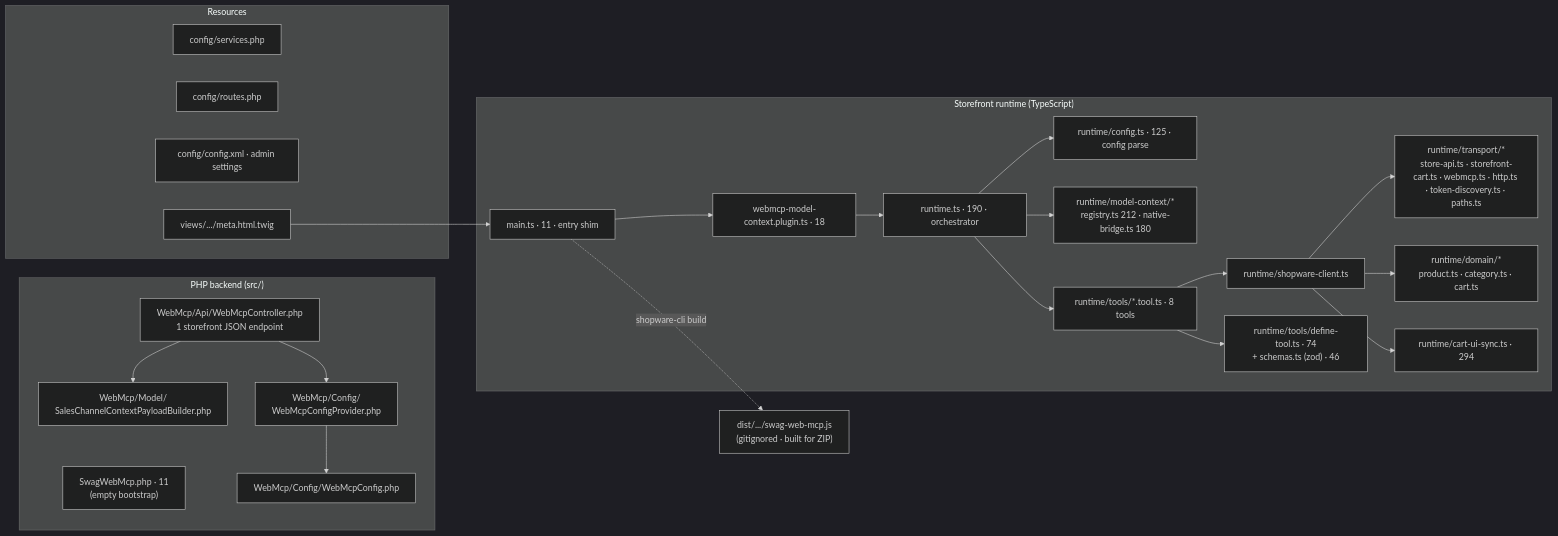
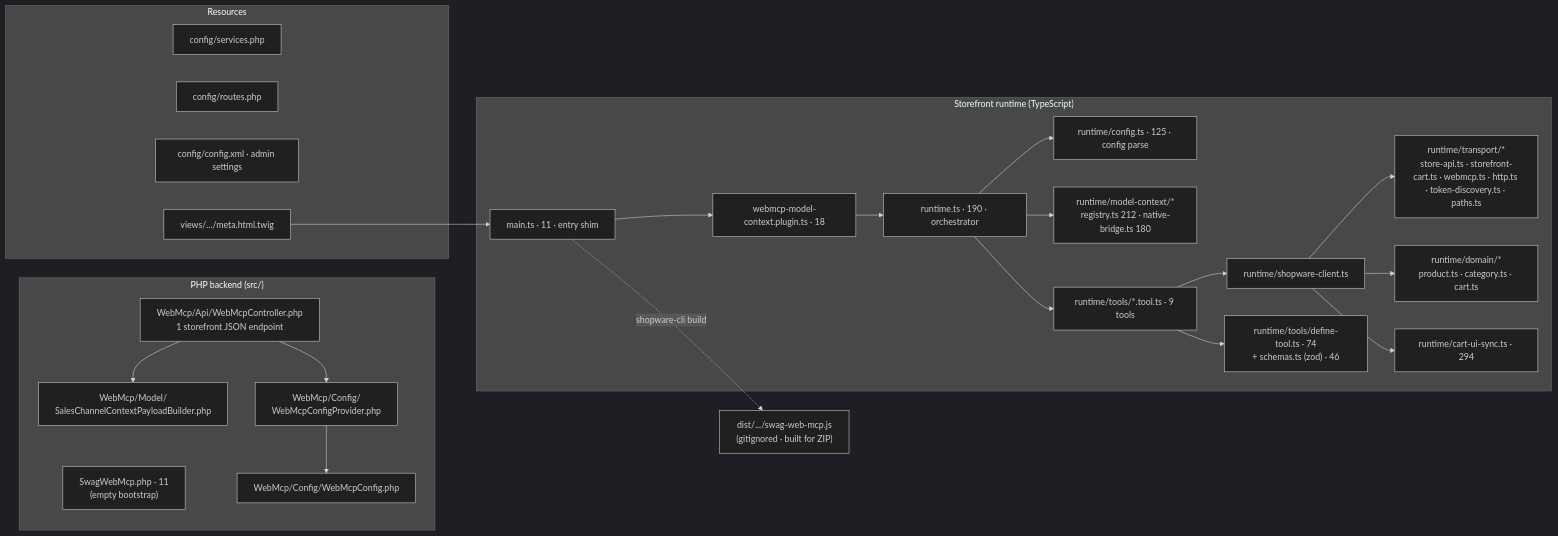
Before and after one commit to agentic-commerce-lab/webmcp-plugin: the second of 5 diagrams in docs/Architecture.md, drawn with Mermaid (dark theme). The commit also changed other lines of this file and 13 other files, not shown here.

````diff
--- a/docs/Architecture.md
+++ b/docs/Architecture.md
@@ -72,47 +72,47 @@
 ```mermaid
 graph LR
     subgraph PHP["PHP backend (src/)"]
         Boot["SwagWebMcp.php · 11<br/>(empty bootstrap)"]
         Ctrl["WebMcp/Api/WebMcpController.php<br/>1 storefront JSON endpoint"]
         CfgP["WebMcp/Config/<br/>WebMcpConfigProvider.php"]
         CfgDTO["WebMcp/Config/WebMcpConfig.php"]
         Scc["WebMcp/Model/<br/>SalesChannelContextPayloadBuilder.php"]
     end
 
     subgraph Res["Resources"]
         Services["config/services.php"]
         Routes["config/routes.php"]
         Xml["config/config.xml · admin settings"]
         Meta["views/.../meta.html.twig"]
     end
 
     subgraph TS["Storefront runtime (TypeScript)"]
         Main["main.ts · 11 · entry shim"]
         Plug["webmcp-model-context.plugin.ts · 18"]
         RT["runtime.ts · 190 · orchestrator"]
         Cfg["runtime/config.ts · 125 · config parse"]
         MC["runtime/model-context/*<br/>registry.ts 212 · native-bridge.ts 180"]
         Trans["runtime/transport/*<br/>store-api.ts · storefront-cart.ts · webmcp.ts · http.ts · token-discovery.ts · paths.ts"]
         Dom["runtime/domain/*<br/>product.ts · category.ts · cart.ts"]
         SWClient["runtime/shopware-client.ts"]
         Sync["runtime/cart-ui-sync.ts · 294"]
         Factory["runtime/tools/define-tool.ts · 74<br/>+ schemas.ts (zod) · 46"]
-        Tools["runtime/tools/*.tool.ts · 8 tools"]
+        Tools["runtime/tools/*.tool.ts · 9 tools"]
     end
 
     Dist["dist/.../swag-web-mcp.js<br/>(gitignored · built for ZIP)"]
 
     Meta --> Main --> Plug --> RT
     RT --> Cfg
     RT --> MC
     RT --> Tools
     Tools --> Factory
     Tools --> SWClient
     SWClient --> Trans
     SWClient --> Dom
     SWClient --> Sync
     Ctrl --> Scc
     Ctrl --> CfgP
     CfgP --> CfgDTO
     Main -.->|shopware-cli build| Dist
 ```
````
